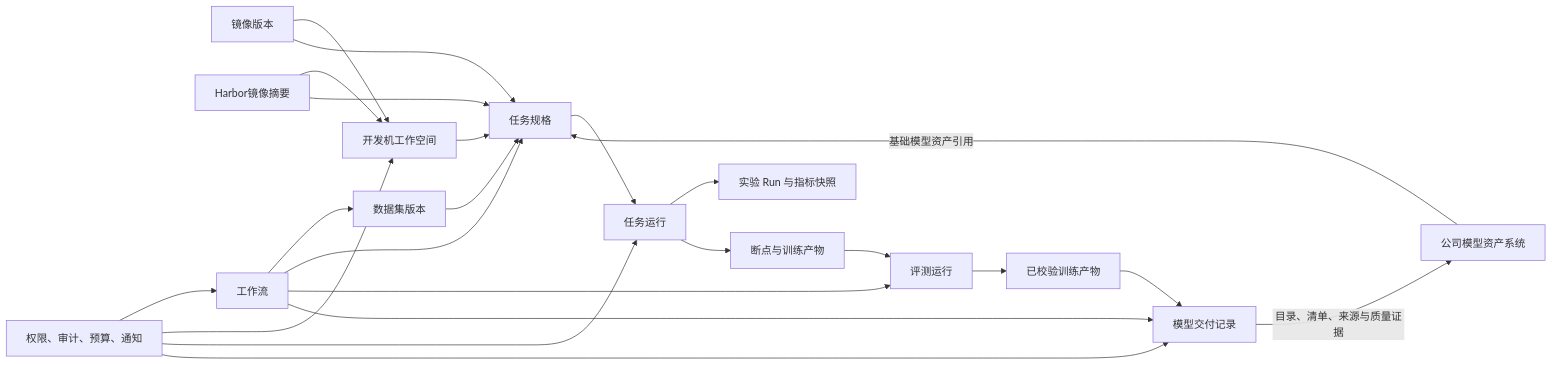
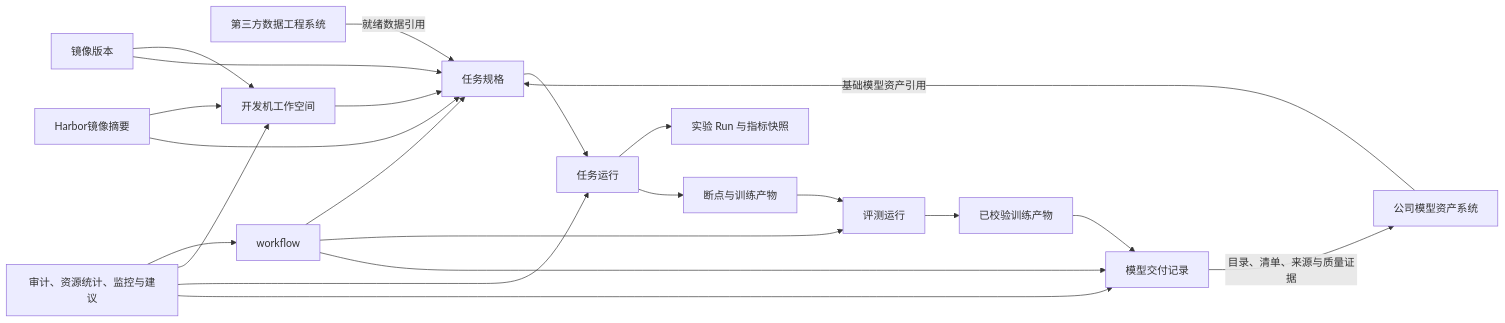
Before and after one commit to gqcn/ltp: the third of 3 diagrams in docs/平台规划/0-大模型训练平台规划.md, drawn with Mermaid. The commit also changed other lines of this file and 20 other files, not shown here.

````diff
--- a/docs/平台规划/0-大模型训练平台规划.md
+++ b/docs/平台规划/0-大模型训练平台规划.md
@@ -72,25 +83,24 @@
 ```mermaid
 flowchart LR
-    dataset["数据集版本"] --> spec["任务规格"]
+    dataSystem["第三方数据工程系统"] -->|"就绪数据引用"| spec["任务规格"]
     asset["公司模型资产系统"] -->|"基础模型资产引用"| spec
     image["镜像版本"] --> workspace["开发机工作空间"]
     image --> spec
     remoteImage["Harbor镜像摘要"] --> workspace
     remoteImage --> spec
     workspace --> spec
     spec --> run["任务运行"]
     run --> experiment["实验 Run 与指标快照"]
     run --> ckpt["断点与训练产物"]
     ckpt --> eval["评测运行"]
     eval --> artifact["已校验训练产物"]
     artifact --> delivery["模型交付记录"]
     delivery -->|"目录、清单、来源与质量证据"| asset
-    workflow["工作流"] --> dataset
     workflow --> spec
     workflow --> eval
     workflow --> delivery
-    governance["权限、审计、预算、通知"] --> workflow
+    governance["审计、资源统计、监控与建议"] --> workflow
     governance --> workspace
     governance --> run
     governance --> delivery
 ```
````
